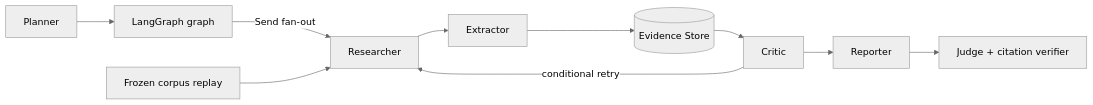
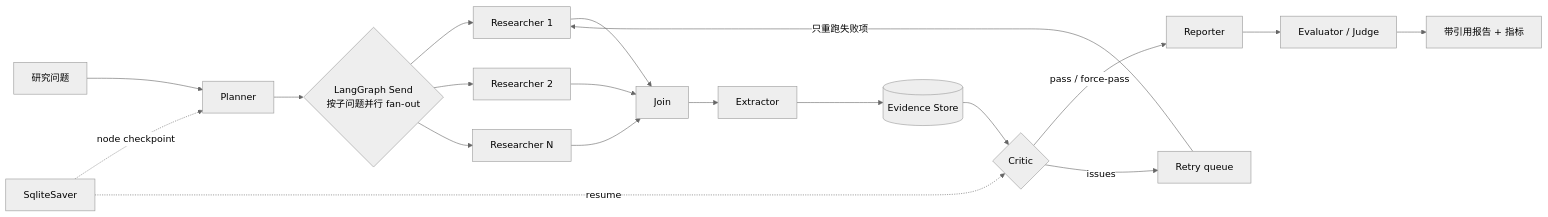
Before and after one commit to linqiaoyu/DeepResearchAgent: the diagram in README.md, drawn with Mermaid (neutral theme). The commit also changed other lines of this file, not shown here.

````diff
--- a/README.md
+++ b/README.md
@@ -20,9 +24,21 @@
 ```mermaid
 flowchart LR
-  P[Planner] --> G[LangGraph graph]
-  G -->|Send fan-out| R[Researcher]
-  R --> X[Extractor] --> E[(Evidence Store)] --> C[Critic]
-  C -->|conditional retry| R
-  C --> W[Reporter] --> J[Judge + citation verifier]
-  F[Frozen corpus replay] --> R
+    Q["研究问题"] --> P["Planner"]
+    P --> F{"LangGraph Send<br/>按子问题并行 fan-out"}
+    F --> R1["Researcher 1"]
+    F --> R2["Researcher 2"]
+    F --> RN["Researcher N"]
+    R1 --> J["Join"]
+    R2 --> J
+    RN --> J
+    J --> X["Extractor"]
+    X --> E[("Evidence Store")]
+    E --> C{"Critic"}
+    C -->|pass / force-pass| W["Reporter"]
+    C -->|issues| T["Retry queue"]
+    T -->|只重跑失败项| R1
+    W --> V["Evaluator / Judge"]
+    V --> O["带引用报告 + 指标"]
+    S["SqliteSaver"] -. node checkpoint .-> P
+    S -. resume .-> C
 ```
````
